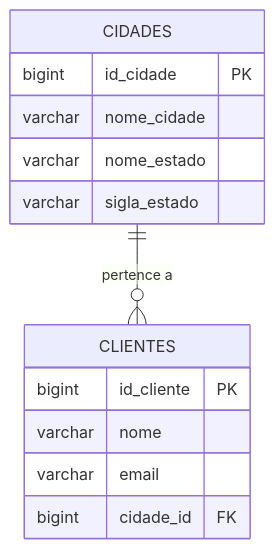
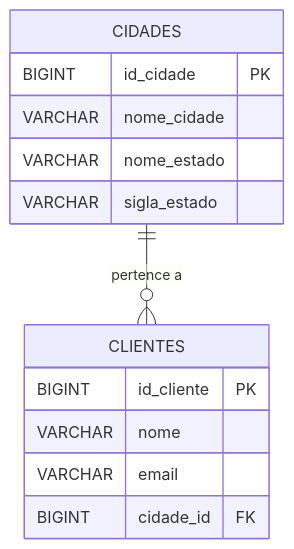
One commit to DSM-Fatec-Jahu/BDR-DSM-2026-2 changed the fifth of 9 diagrams in docs/aulas/Aula_02_Normalizacao.md. Above: the diagram before and after it, drawn with Mermaid. The commit also changed other lines of this file and 2 other files, not shown here.

First line of the commit message:
Padroniza tipos SQL em MAIÚSCULAS nos diagramas (Regra 3)

````diff
--- a/docs/aulas/Aula_02_Normalizacao.md
+++ b/docs/aulas/Aula_02_Normalizacao.md
@@ -354,18 +354,18 @@
 ```mermaid
 erDiagram
     CIDADES {
-        bigint id_cidade PK
-        varchar nome_cidade
-        varchar nome_estado
-        varchar sigla_estado
+        BIGINT id_cidade PK
+        VARCHAR nome_cidade
+        VARCHAR nome_estado
+        VARCHAR sigla_estado
     }
 
     CLIENTES {
-        bigint id_cliente PK
-        varchar nome
-        varchar email
-        bigint cidade_id FK
+        BIGINT id_cliente PK
+        VARCHAR nome
+        VARCHAR email
+        BIGINT cidade_id FK
     }
 
     CIDADES ||--o{ CLIENTES : "pertence a"
 ```
````
